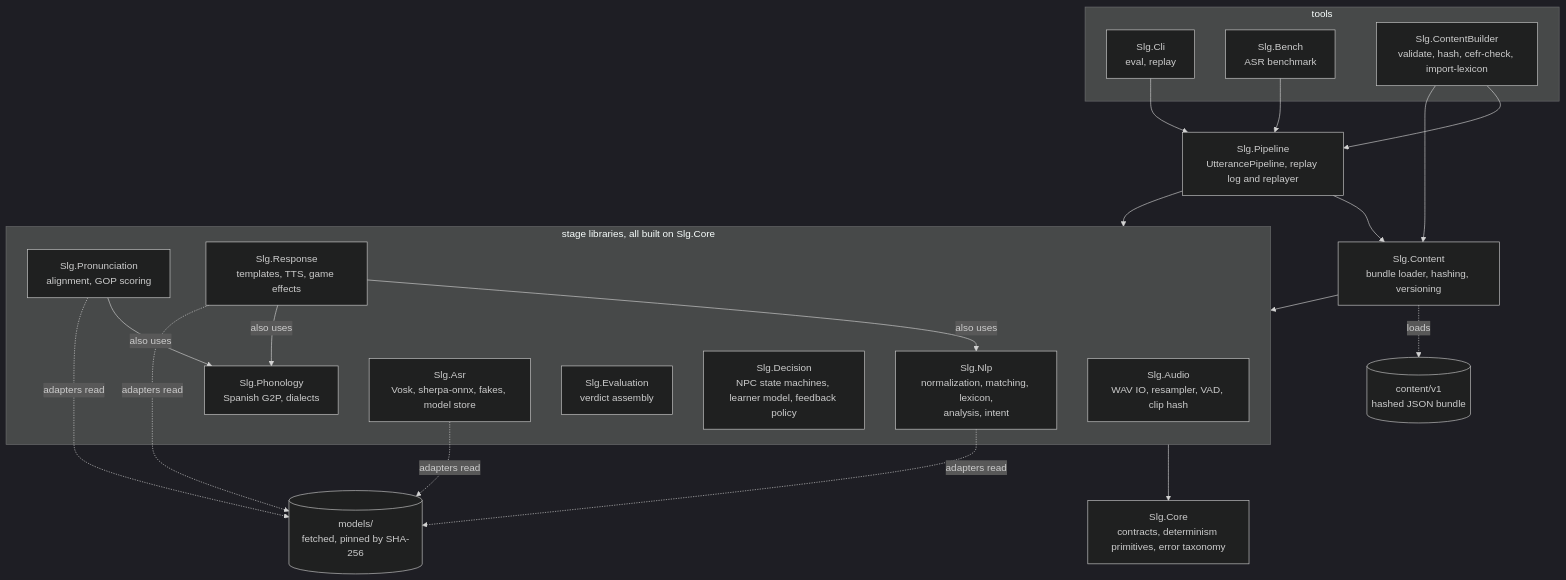
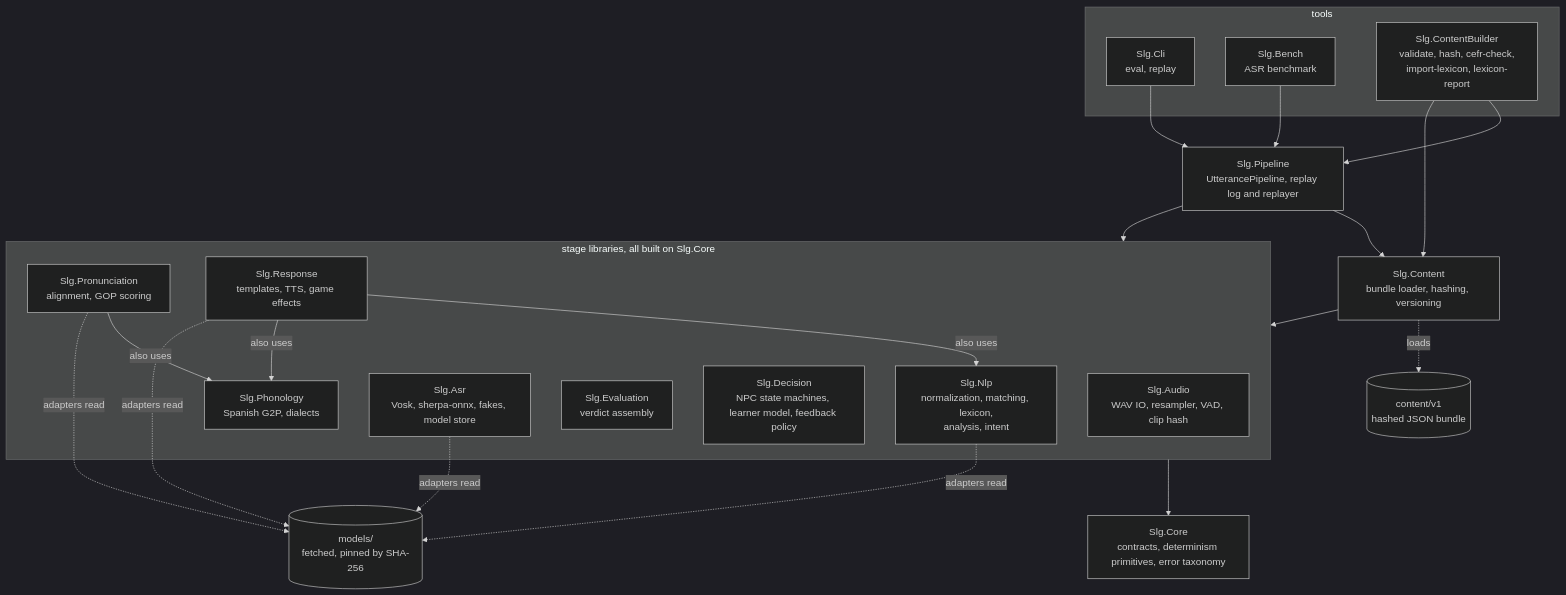
One commit to james-d12/Vocaterra changed the diagram in nlp/README.md. Above: the diagram before and after it, drawn with Mermaid (dark theme). The commit also changed other lines of this file and 62 other files, not shown here.

````diff
--- a/nlp/README.md
+++ b/nlp/README.md
@@ -11,40 +11,40 @@
 ```mermaid
 flowchart TD
     subgraph TOOLS[tools]
         CLI[Slg.Cli<br/>eval, replay]
         BENCH[Slg.Bench<br/>ASR benchmark]
-        BUILDER[Slg.ContentBuilder<br/>validate, hash, cefr-check, import-lexicon]
+        BUILDER[Slg.ContentBuilder<br/>validate, hash, cefr-check,<br/>import-lexicon, lexicon-report]
     end
     PIPE[Slg.Pipeline<br/>UtterancePipeline, replay log and replayer]
     CONTENT[Slg.Content<br/>bundle loader, hashing, versioning]
     subgraph STAGES[stage libraries, all built on Slg.Core]
         AUDIO[Slg.Audio<br/>WAV IO, resampler, VAD, clip hash]
         PHON[Slg.Phonology<br/>Spanish G2P, dialects]
         NLP[Slg.Nlp<br/>normalization, matching, lexicon,<br/>analysis, intent]
         PRON[Slg.Pronunciation<br/>alignment, GOP scoring]
         ASR[Slg.Asr<br/>Vosk, sherpa-onnx, fakes, model store]
         EVAL[Slg.Evaluation<br/>verdict assembly]
         DEC[Slg.Decision<br/>NPC state machines, learner model, feedback policy]
         RESP[Slg.Response<br/>templates, TTS, game effects]
     end
     CORE[Slg.Core<br/>contracts, determinism primitives, error taxonomy]
     BUNDLE[(content/v1<br/>hashed JSON bundle)]
     MODELS[(models/<br/>fetched, pinned by SHA-256)]
 
     CLI --> PIPE
     BENCH --> PIPE
     BUILDER --> PIPE
     BUILDER --> CONTENT
     PIPE --> CONTENT
     PIPE --> STAGES
     CONTENT --> STAGES
     STAGES --> CORE
     PRON -->|also uses| PHON
     RESP -->|also uses| NLP
     RESP -->|also uses| PHON
     CONTENT -.->|loads| BUNDLE
     ASR -.->|adapters read| MODELS
     PRON -.->|adapters read| MODELS
     NLP -.->|adapters read| MODELS
     RESP -.->|adapters read| MODELS
 ```
````
